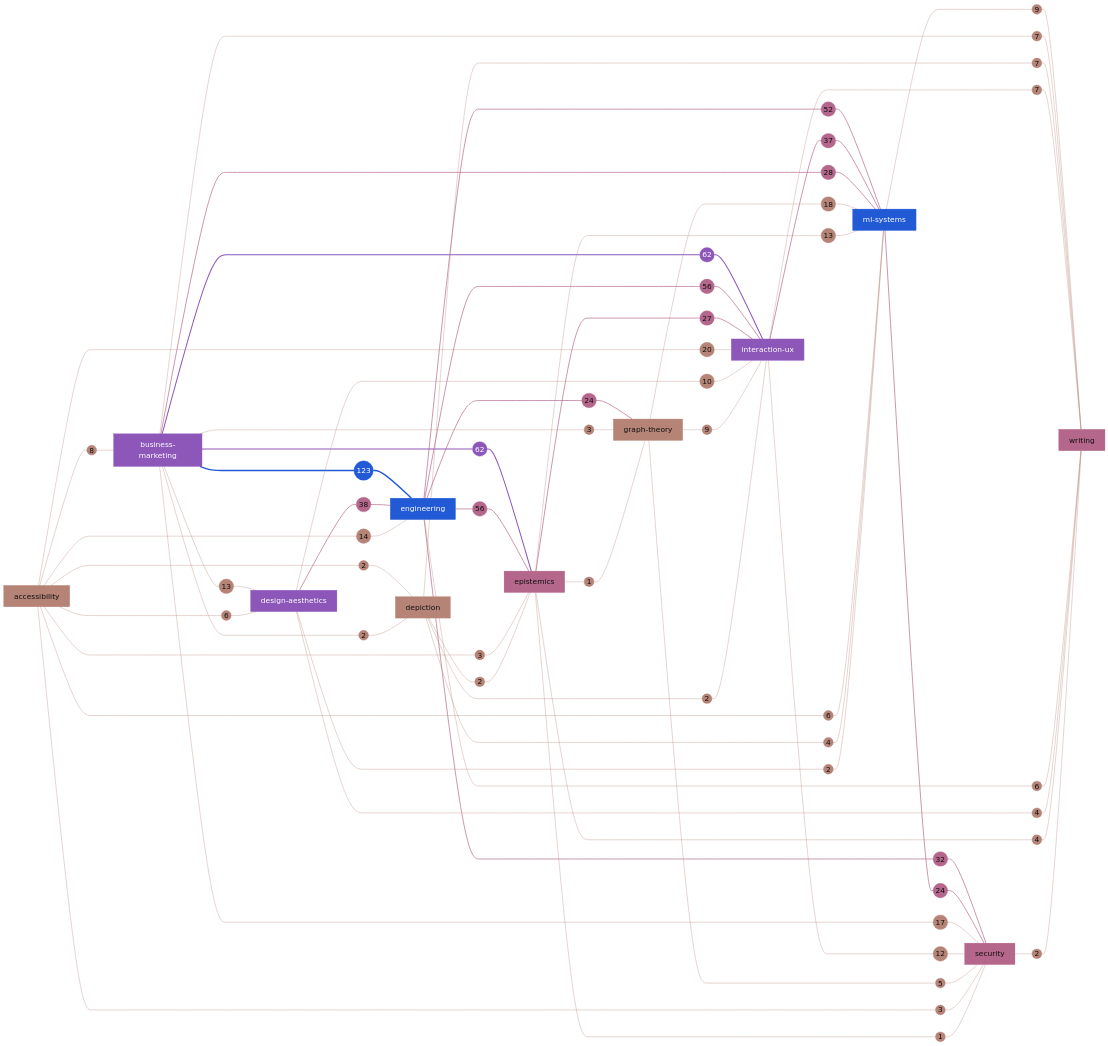
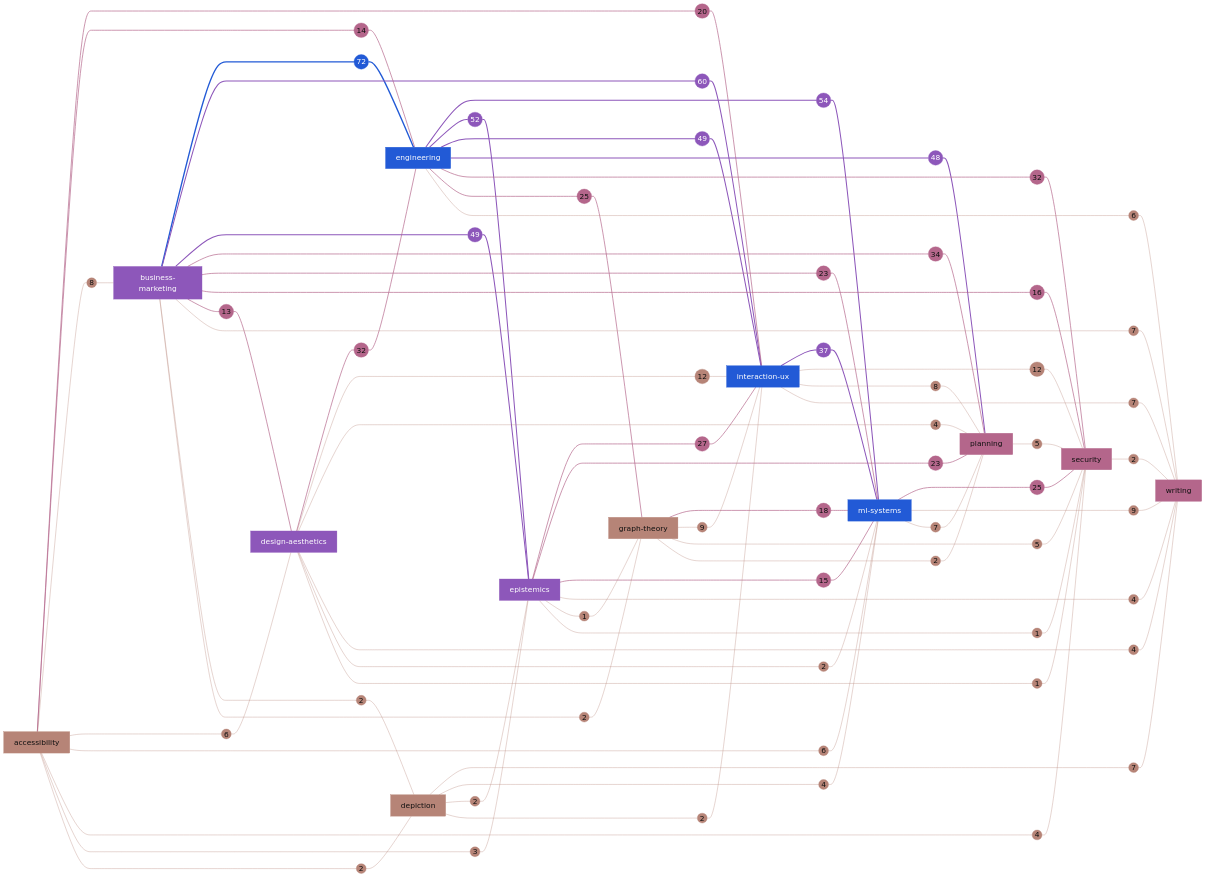
One commit to darce/heuristics-canon changed the first of 2 diagrams in GRAPH.md. Above: the diagram before and after it, drawn with Mermaid. The commit also changed other lines of this file and 28 other files, not shown here.

````diff
--- a/GRAPH.md
+++ b/GRAPH.md
@@ -33,62 +33,73 @@
   graph_theory["graph-theory"]
   interaction_ux["interaction-ux"]
   ml_systems["ml-systems"]
+  planning["planning"]
   security["security"]
   writing["writing"]
-  business_marketing --- W_business_marketing__engineering((123))
+  business_marketing --- W_business_marketing__engineering((72))
   W_business_marketing__engineering --- engineering
-  business_marketing --- W_business_marketing__epistemics((62))
+  business_marketing --- W_business_marketing__interaction_ux((60))
+  W_business_marketing__interaction_ux --- interaction_ux
+  engineering --- W_engineering__ml_systems((54))
+  W_engineering__ml_systems --- ml_systems
+  engineering --- W_engineering__epistemics((52))
+  W_engineering__epistemics --- epistemics
+  business_marketing --- W_business_marketing__epistemics((49))
   W_business_marketing__epistemics --- epistemics
-  business_marketing --- W_business_marketing__interaction_ux((62))
-  W_business_marketing__interaction_ux --- interaction_ux
-  engineering --- W_engineering__epistemics((56))
-  W_engineering__epistemics --- epistemics
-  engineering --- W_engineering__interaction_ux((56))
+  engineering --- W_engineering__interaction_ux((49))
   W_engineering__interaction_ux --- interaction_ux
-  engineering --- W_engineering__ml_systems((52))
-  W_engineering__ml_systems --- ml_systems
-  design_aesthetics --- W_design_aesthetics__engineering((38))
-  W_design_aesthetics__engineering --- engineering
+  engineering --- W_engineering__planning((48))
+  W_engineering__planning --- planning
   interaction_ux --- W_interaction_ux__ml_systems((37))
   W_interaction_ux__ml_systems --- ml_systems
+  business_marketing --- W_business_marketing__planning((34))
+  W_business_marketing__planning --- planning
+  design_aesthetics --- W_design_aesthetics__engineering((32))
+  W_design_aesthetics__engineering --- engineering
   engineering --- W_engineering__security((32))
   W_engineering__security --- security
-  business_marketing --- W_business_marketing__ml_systems((28))
-  W_business_marketing__ml_systems --- ml_systems
   epistemics --- W_epistemics__interaction_ux((27))
   W_epistemics__interaction_ux --- interaction_ux
-  engineering --- W_engineering__graph_theory((24))
+  engineering --- W_engineering__graph_theory((25))
   W_engineering__graph_theory --- graph_theory
-  ml_systems --- W_ml_systems__security((24))
+  ml_systems --- W_ml_systems__security((25))
   W_ml_systems__security --- security
+  business_marketing --- W_business_marketing__ml_systems((23))
+  W_business_marketing__ml_systems --- ml_systems
+  epistemics --- W_epistemics__planning((23))
+  W_epistemics__planning --- planning
   accessibility --- W_accessibility__interaction_ux((20))
   W_accessibility__interaction_ux --- interaction_ux
   graph_theory --- W_graph_theory__ml_systems((18))
   W_graph_theory__ml_systems --- ml_systems
-  business_marketing --- W_business_marketing__security((17))
+  business_marketing --- W_business_marketing__security((16))
   W_business_marketing__security --- security
+  epistemics --- W_epistemics__ml_systems((15))
+  W_epistemics__ml_systems --- ml_systems
   accessibility --- W_accessibility__engineering((14))
   W_accessibility__engineering --- engineering
   business_marketing --- W_business_marketing__design_aesthetics((13))
   W_business_marketing__design_aesthetics --- design_aesthetics
-  epistemics --- W_epistemics__ml_systems((13))
-  W_epistemics__ml_systems --- ml_systems
+  design_aesthetics --- W_design_aesthetics__interaction_ux((12))
+  W_design_aesthetics__interaction_ux --- interaction_ux
   interaction_ux --- W_interaction_ux__security((12))
   W_interaction_ux__security --- security
-  design_aesthetics --- W_design_aesthetics__interaction_ux((10))
-  W_design_aesthetics__interaction_ux --- interaction_ux
   graph_theory --- W_graph_theory__interaction_ux((9))
   W_graph_theory__interaction_ux --- interaction_ux
   ml_systems --- W_ml_systems__writing((9))
   W_ml_systems__writing --- writing
   accessibility --- W_accessibility__business_marketing((8))
   W_accessibility__business_marketing --- business_marketing
+  interaction_ux --- W_interaction_ux__planning((8))
+  W_interaction_ux__planning --- planning
   business_marketing --- W_business_marketing__writing((7))
   W_business_marketing__writing --- writing
   depiction --- W_depiction__writing((7))
   W_depiction__writing --- writing
   interaction_ux --- W_interaction_ux__writing((7))
   W_interaction_ux__writing --- writing
+  ml_systems --- W_ml_systems__planning((7))
+  W_ml_systems__planning --- planning
   accessibility --- W_accessibility__design_aesthetics((6))
   W_accessibility__design_aesthetics --- design_aesthetics
   accessibility --- W_accessibility__ml_systems((6))
@@ -97,30 +108,38 @@
   W_engineering__writing --- writing
   graph_theory --- W_graph_theory__security((5))
   W_graph_theory__security --- security
+  planning --- W_planning__security((5))
+  W_planning__security --- security
+  accessibility --- W_accessibility__security((4))
+  W_accessibility__security --- security
   depiction --- W_depiction__ml_systems((4))
   W_depiction__ml_systems --- ml_systems
+  design_aesthetics --- W_design_aesthetics__planning((4))
+  W_design_aesthetics__planning --- planning
   design_aesthetics --- W_design_aesthetics__writing((4))
   W_design_aesthetics__writing --- writing
   epistemics --- W_epistemics__writing((4))
   W_epistemics__writing --- writing
   accessibility --- W_accessibility__epistemics((3))
   W_accessibility__epistemics --- epistemics
-  accessibility --- W_accessibility__security((3))
-  W_accessibility__security --- security
-  business_marketing --- W_business_marketing__graph_theory((3))
-  W_business_marketing__graph_theory --- graph_theory
   accessibility --- W_accessibility__depiction((2))
   W_accessibility__depiction --- depiction
   business_marketing --- W_business_marketing__depiction((2))
   W_business_marketing__depiction --- depiction
+  business_marketing --- W_business_marketing__graph_theory((2))
+  W_business_marketing__graph_theory --- graph_theory
   depiction --- W_depiction__epistemics((2))
   W_depiction__epistemics --- epistemics
   depiction --- W_depiction__interaction_ux((2))
   W_depiction__interaction_ux --- interaction_ux
   design_aesthetics --- W_design_aesthetics__ml_systems((2))
   W_design_aesthetics__ml_systems --- ml_systems
+  graph_theory --- W_graph_theory__planning((2))
+  W_graph_theory__planning --- planning
   security --- W_security__writing((2))
   W_security__writing --- writing
+  design_aesthetics --- W_design_aesthetics__security((1))
+  W_design_aesthetics__security --- security
   epistemics --- W_epistemics__graph_theory((1))
   W_epistemics__graph_theory --- graph_theory
   epistemics --- W_epistemics__security((1))
@@ -129,12 +148,12 @@
   classDef seq_1 fill:#B4668B,color:#111111,stroke:#B4668B
   classDef seq_2 fill:#8D57BA,color:#FFFFFF,stroke:#8D57BA
   classDef seq_3 fill:#225AD6,color:#FFFFFF,stroke:#225AD6
-  class accessibility,depiction,graph_theory,W_accessibility__interaction_ux,W_graph_theory__ml_systems,W_business_marketing__security,W_accessibility__engineering,W_business_marketing__design_aesthetics,W_epistemics__ml_systems,W_interaction_ux__security,W_design_aesthetics__interaction_ux,W_graph_theory__interaction_ux,W_ml_systems__writing,W_accessibility__business_marketing,W_business_marketing__writing,W_depiction__writing,W_interaction_ux__writing,W_accessibility__design_aesthetics,W_accessibility__ml_systems,W_engineering__writing,W_graph_theory__security,W_depiction__ml_systems,W_design_aesthetics__writing,W_epistemics__writing,W_accessibility__epistemics,W_accessibility__security,W_business_marketing__graph_theory,W_accessibility__depiction,W_business_marketing__depiction,W_depiction__epistemics,W_depiction__interaction_ux,W_design_aesthetics__ml_systems,W_security__writing,W_epistemics__graph_theory,W_epistemics__security seq_0
-  class epistemics,security,writing,W_engineering__epistemics,W_engineering__interaction_ux,W_engineering__ml_systems,W_design_aesthetics__engineering,W_interaction_ux__ml_systems,W_engineering__security,W_business_marketing__ml_systems,W_epistemics__interaction_ux,W_engineering__graph_theory,W_ml_systems__security seq_1
-  class business_marketing,design_aesthetics,interaction_ux,W_business_marketing__epistemics,W_business_marketing__interaction_ux seq_2
-  class engineering,ml_systems,W_business_marketing__engineering seq_3
+  class accessibility,depiction,graph_theory,W_design_aesthetics__interaction_ux,W_interaction_ux__security,W_graph_theory__interaction_ux,W_ml_systems__writing,W_accessibility__business_marketing,W_interaction_ux__planning,W_business_marketing__writing,W_depiction__writing,W_interaction_ux__writing,W_ml_systems__planning,W_accessibility__design_aesthetics,W_accessibility__ml_systems,W_engineering__writing,W_graph_theory__security,W_planning__security,W_accessibility__security,W_depiction__ml_systems,W_design_aesthetics__planning,W_design_aesthetics__writing,W_epistemics__writing,W_accessibility__epistemics,W_accessibility__depiction,W_business_marketing__depiction,W_business_marketing__graph_theory,W_depiction__epistemics,W_depiction__interaction_ux,W_design_aesthetics__ml_systems,W_graph_theory__planning,W_security__writing,W_design_aesthetics__security,W_epistemics__graph_theory,W_epistemics__security seq_0
+  class planning,security,writing,W_business_marketing__planning,W_design_aesthetics__engineering,W_engineering__security,W_epistemics__interaction_ux,W_engineering__graph_theory,W_ml_systems__security,W_business_marketing__ml_systems,W_epistemics__planning,W_accessibility__interaction_ux,W_graph_theory__ml_systems,W_business_marketing__security,W_epistemics__ml_systems,W_accessibility__engineering,W_business_marketing__design_aesthetics seq_1
+  class business_marketing,design_aesthetics,epistemics,W_business_marketing__interaction_ux,W_engineering__ml_systems,W_engineering__epistemics,W_business_marketing__epistemics,W_engineering__interaction_ux,W_engineering__planning,W_interaction_ux__ml_systems seq_2
+  class engineering,interaction_ux,ml_systems,W_business_marketing__engineering seq_3
   linkStyle 0,1 stroke:#225AD6,stroke-width:4px
-  linkStyle 2,3,4,5 stroke:#8D57BA,stroke-width:3px
-  linkStyle 6,7,8,9,10,11,12,13,14,15,16,17,18,19,20,21,22,23,24,25 stroke:#B4668B,stroke-width:2px
-  linkStyle 26,27,28,29,30,31,32,33,34,35,36,37,38,39,40,41,42,43,44,45,46,47,48,49,50,51,52,53,54,55,56,57,58,59,60,61,62,63,64,65,66,67,68,69,70,71,72,73,74,75,76,77,78,79,80,81,82,83,84,85,86,87,88,89 stroke:#B68477,stroke-width:1px
+  linkStyle 2,3,4,5,6,7,8,9,10,11,12,13,14,15 stroke:#8D57BA,stroke-width:3px
+  linkStyle 16,17,18,19,20,21,22,23,24,25,26,27,28,29,30,31,32,33,34,35,36,37,38,39,40,41,42,43 stroke:#B4668B,stroke-width:2px
+  linkStyle 44,45,46,47,48,49,50,51,52,53,54,55,56,57,58,59,60,61,62,63,64,65,66,67,68,69,70,71,72,73,74,75,76,77,78,79,80,81,82,83,84,85,86,87,88,89,90,91,92,93,94,95,96,97,98,99,100,101,102,103,104,105,106,107 stroke:#B68477,stroke-width:1px
 ```
````
